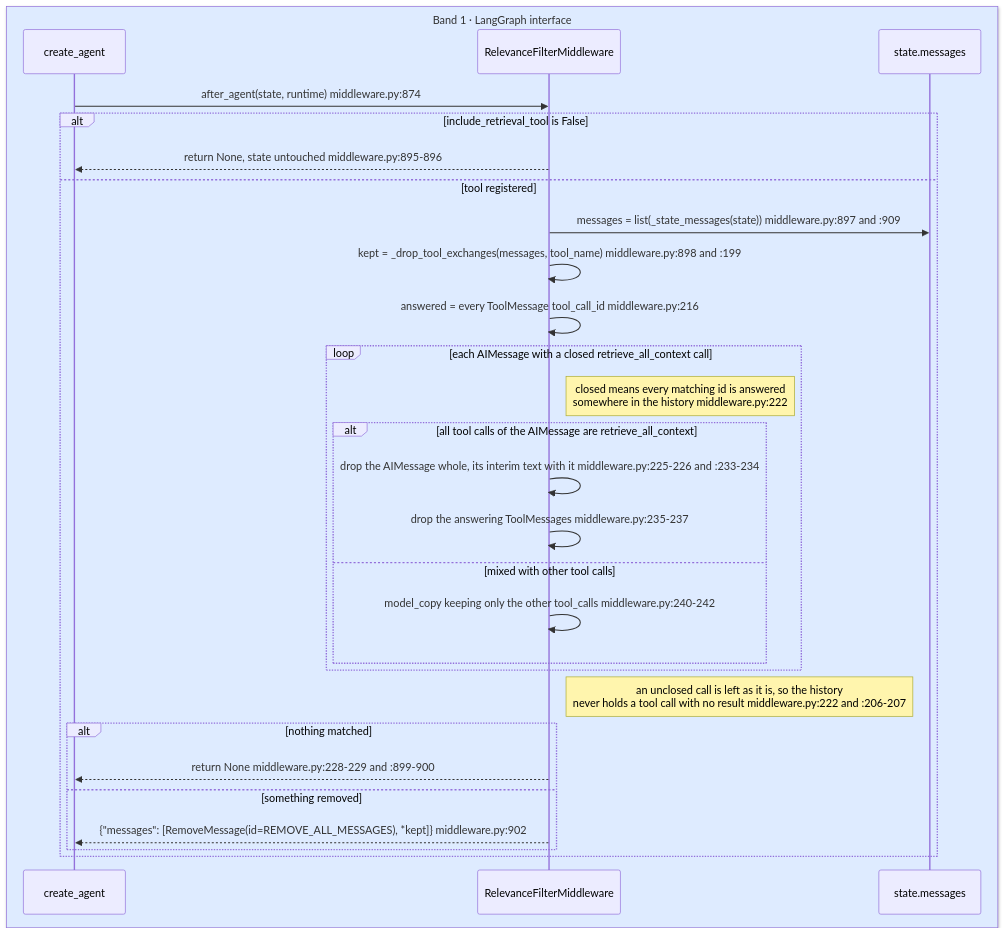
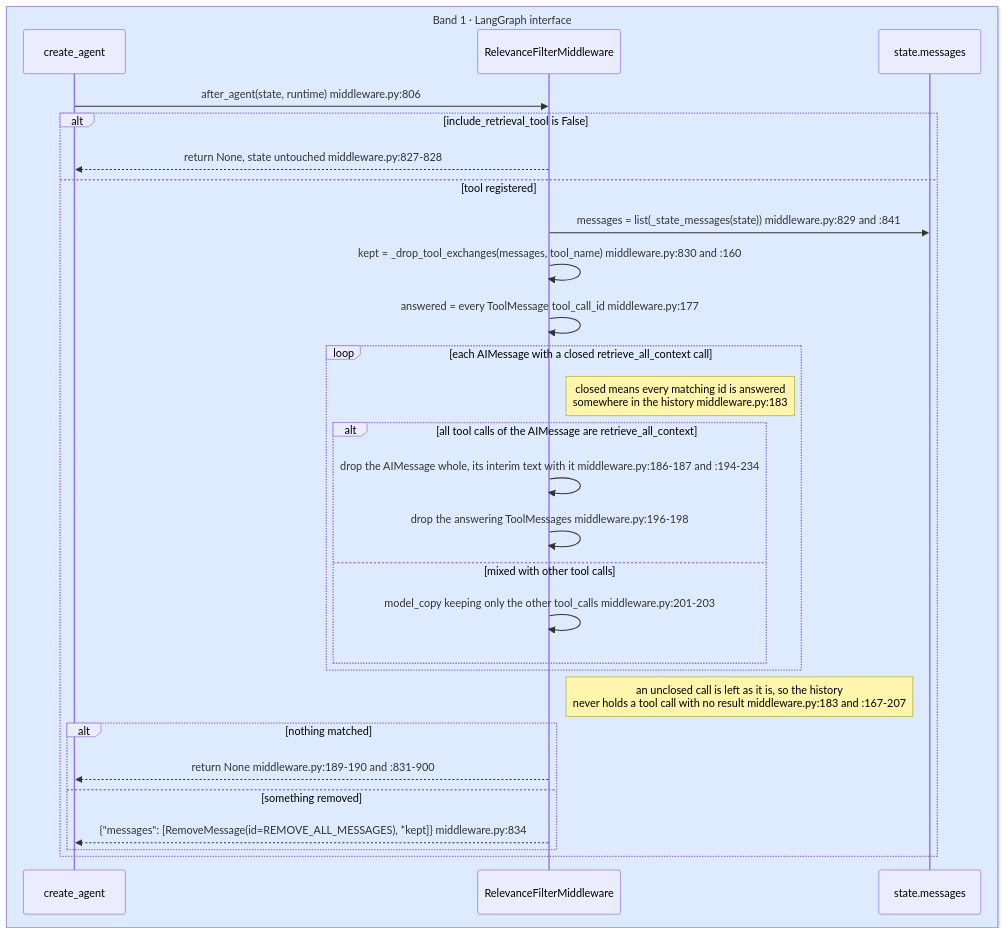
One commit to aws-samples/sample-context-engineering changed the fourth of 4 diagrams in docs/design/sequence/langgraph/sequence-a-relevance.md. Above: the diagram before and after it, drawn with Mermaid. The commit also changed other lines of this file and 3 other files, not shown here.

First line of the commit message:
docs(langgraph): re-point the sequence-doc refs this branch moved

````diff
--- a/docs/design/sequence/langgraph/sequence-a-relevance.md
+++ b/docs/design/sequence/langgraph/sequence-a-relevance.md
@@ -416,32 +420,32 @@
 ```mermaid
 sequenceDiagram
     box rgb(222,235,255) Band 1 · LangGraph interface
         participant Agent as create_agent
         participant MW as RelevanceFilterMiddleware
         participant State as state.messages
     end
 
-    Agent->>MW: after_agent(state, runtime)  middleware.py:874
+    Agent->>MW: after_agent(state, runtime)  middleware.py:806
     alt include_retrieval_tool is False
-        MW-->>Agent: return None, state untouched  middleware.py:895-896
+        MW-->>Agent: return None, state untouched  middleware.py:827-828
     else tool registered
-        MW->>State: messages = list(_state_messages(state))  middleware.py:897 and :909
-        MW->>MW: kept = _drop_tool_exchanges(messages, tool_name)  middleware.py:898 and :199
-        MW->>MW: answered = every ToolMessage tool_call_id  middleware.py:216
+        MW->>State: messages = list(_state_messages(state))  middleware.py:829 and :841
+        MW->>MW: kept = _drop_tool_exchanges(messages, tool_name)  middleware.py:830 and :160
+        MW->>MW: answered = every ToolMessage tool_call_id  middleware.py:177
         loop each AIMessage with a closed retrieve_all_context call
-            Note right of MW: closed means every matching id is answered<br/>somewhere in the history  middleware.py:222
+            Note right of MW: closed means every matching id is answered<br/>somewhere in the history  middleware.py:183
             alt all tool calls of the AIMessage are retrieve_all_context
-                MW->>MW: drop the AIMessage whole, its interim text with it  middleware.py:225-226 and :233-234
-                MW->>MW: drop the answering ToolMessages  middleware.py:235-237
+                MW->>MW: drop the AIMessage whole, its interim text with it  middleware.py:186-187 and :194-234
+                MW->>MW: drop the answering ToolMessages  middleware.py:196-198
             else mixed with other tool calls
-                MW->>MW: model_copy keeping only the other tool_calls  middleware.py:240-242
+                MW->>MW: model_copy keeping only the other tool_calls  middleware.py:201-203
             end
         end
-        Note right of MW: an unclosed call is left as it is, so the history<br/>never holds a tool call with no result  middleware.py:222 and :206-207
+        Note right of MW: an unclosed call is left as it is, so the history<br/>never holds a tool call with no result  middleware.py:183 and :167-207
         alt nothing matched
-            MW-->>Agent: return None  middleware.py:228-229 and :899-900
+            MW-->>Agent: return None  middleware.py:189-190 and :831-900
         else something removed
-            MW-->>Agent: {"messages": [RemoveMessage(id=REMOVE_ALL_MESSAGES), *kept]}  middleware.py:902
+            MW-->>Agent: {"messages": [RemoveMessage(id=REMOVE_ALL_MESSAGES), *kept]}  middleware.py:834
         end
     end
 ```
````
